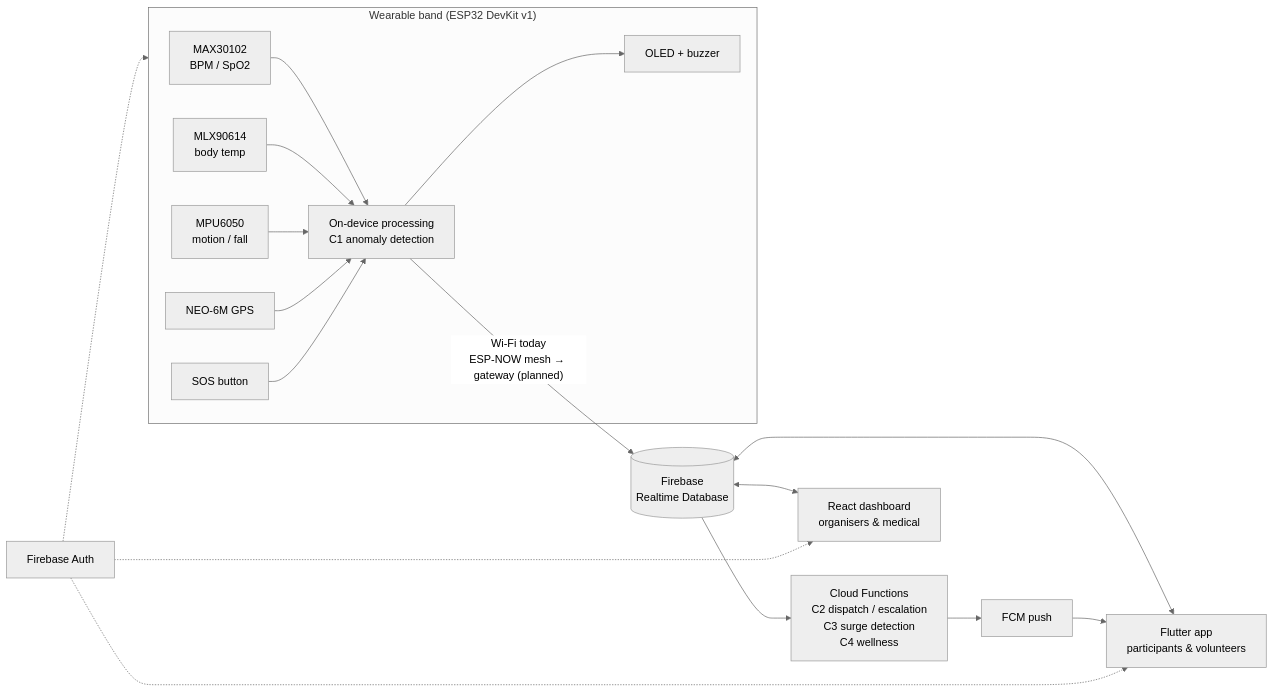
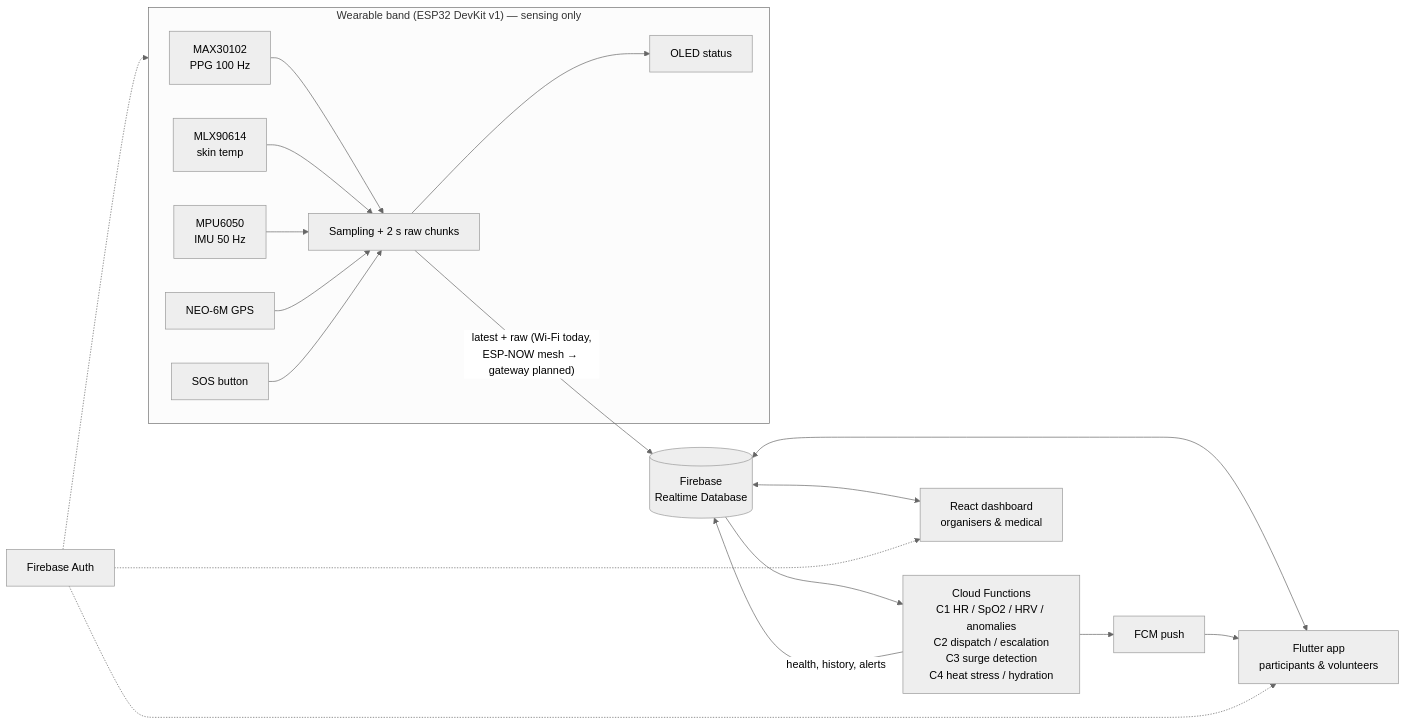
The diagram in docs/architecture/overview.md (zaan994/FestNet-J26-IT-427), drawn with Mermaid (neutral theme) before and after one commit. The commit also changed other lines of this file and 133 other files, not shown here.

````diff
--- a/docs/architecture/overview.md
+++ b/docs/architecture/overview.md
@@ -3,20 +3,21 @@
 ```mermaid
 flowchart LR
-  subgraph Band["Wearable band (ESP32 DevKit v1)"]
-    S1[MAX30102<br/>BPM / SpO2] --> P
-    S2[MLX90614<br/>body temp] --> P
-    S3[MPU6050<br/>motion / fall] --> P
+  subgraph Band["Wearable band (ESP32 DevKit v1) — sensing only"]
+    S1[MAX30102<br/>PPG 100 Hz] --> P
+    S2[MLX90614<br/>skin temp] --> P
+    S3[MPU6050<br/>IMU 50 Hz] --> P
     S4[NEO-6M GPS] --> P
     S5[SOS button] --> P
-    P[On-device processing<br/>C1 anomaly detection] --> O[OLED + buzzer]
+    P[Sampling + 2 s raw chunks] --> O[OLED status]
   end
 
-  P -- "Wi-Fi today<br/>ESP-NOW mesh → gateway (planned)" --> RTDB[(Firebase<br/>Realtime Database)]
+  P -- "latest + raw (Wi-Fi today,<br/>ESP-NOW mesh → gateway planned)" --> RTDB[(Firebase<br/>Realtime Database)]
 
-  RTDB --> CF[Cloud Functions<br/>C2 dispatch / escalation<br/>C3 surge detection<br/>C4 wellness]
+  RTDB --> CF[Cloud Functions<br/>C1 HR / SpO2 / HRV / anomalies<br/>C2 dispatch / escalation<br/>C3 surge detection<br/>C4 heat stress / hydration]
+  CF -- "health, history, alerts" --> RTDB
   CF --> FCM[FCM push]
   RTDB <--> APP[Flutter app<br/>participants & volunteers]
   RTDB <--> DASH[React dashboard<br/>organisers & medical]
   FCM --> APP
   AUTH[Firebase Auth] -.-> APP & DASH & Band
 ```
````
